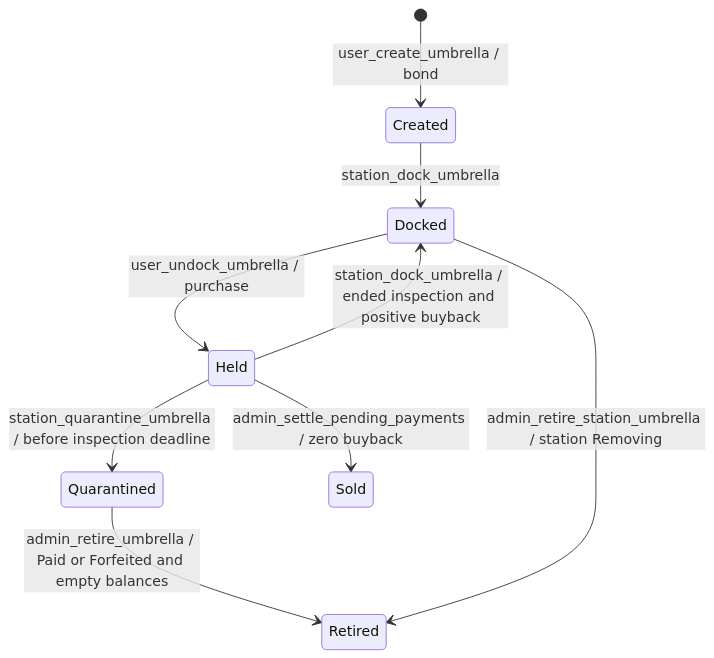
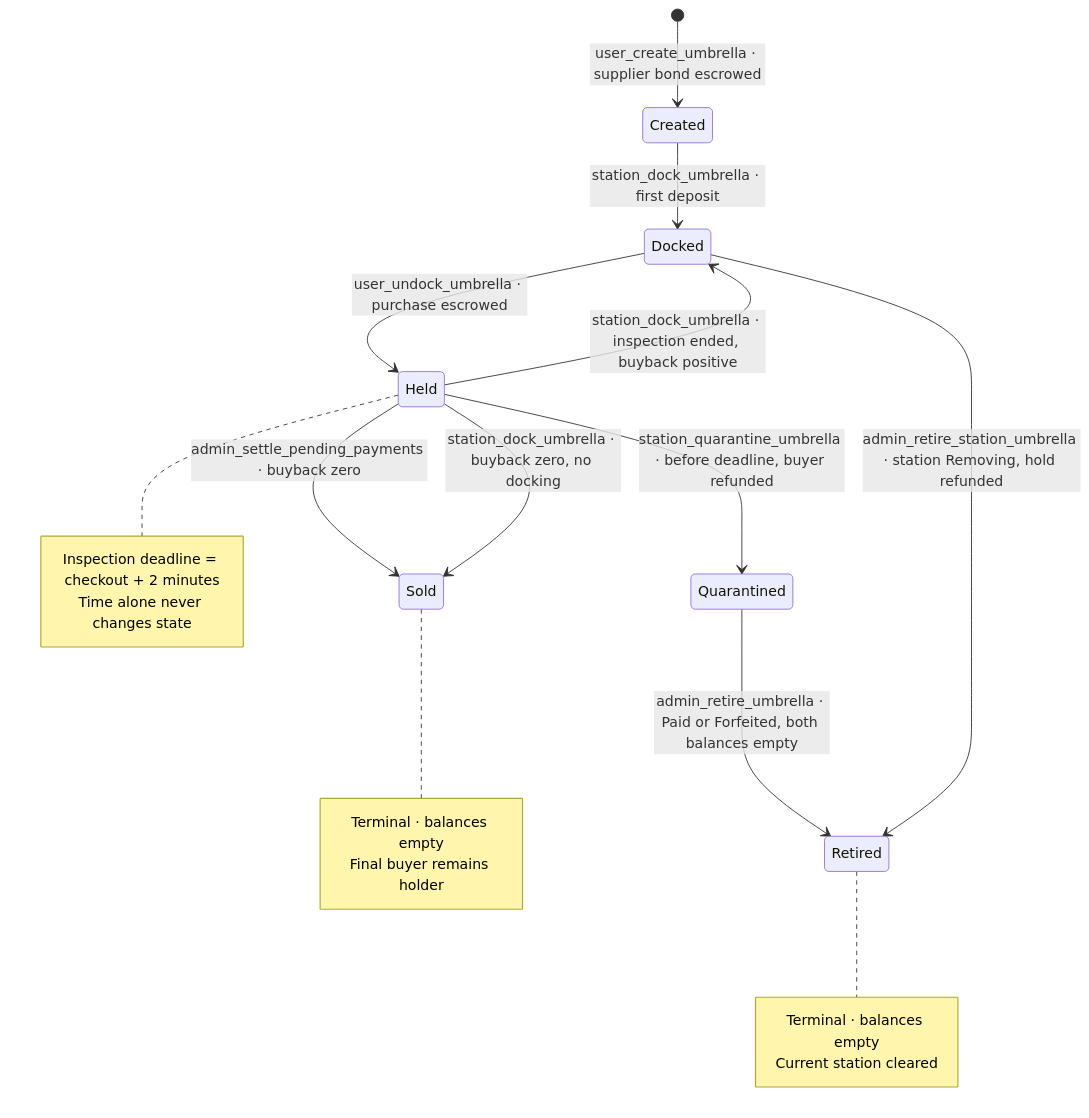
The second of 7 diagrams in docs/project-flows.md (towa-hi/sui-kirisame), drawn with Mermaid before and after one commit. The commit also changed other lines of this file, not shown here.

Commit message:
updated project-flows

````diff
--- a/docs/project-flows.md
+++ b/docs/project-flows.md
@@ -7,11 +26,25 @@
 ```mermaid
 stateDiagram-v2
-    [*] --> Created: user_create_umbrella / bond
-    Created --> Docked: station_dock_umbrella
-    Docked --> Held: user_undock_umbrella / purchase
-    Held --> Docked: station_dock_umbrella / ended inspection and positive buyback
-    Held --> Quarantined: station_quarantine_umbrella / before inspection deadline
-    Held --> Sold: admin_settle_pending_payments / zero buyback
-    Quarantined --> Retired: admin_retire_umbrella / Paid or Forfeited and empty balances
-    Docked --> Retired: admin_retire_station_umbrella / station Removing
+    [*] --> Created: user_create_umbrella · supplier bond escrowed
+    Created --> Docked: station_dock_umbrella · first deposit
+    Docked --> Held: user_undock_umbrella · purchase escrowed
+    Held --> Docked: station_dock_umbrella · inspection ended, buyback positive
+    Held --> Quarantined: station_quarantine_umbrella · before deadline, buyer refunded
+    Held --> Sold: admin_settle_pending_payments · buyback zero
+    Held --> Sold: station_dock_umbrella · buyback zero, no docking
+    Quarantined --> Retired: admin_retire_umbrella · Paid or Forfeited, both balances empty
+    Docked --> Retired: admin_retire_station_umbrella · station Removing, hold refunded
+
+    note right of Held
+        Inspection deadline = checkout + 2 minutes
+        Time alone never changes state
+    end note
+    note right of Sold
+        Terminal · balances empty
+        Final buyer remains holder
+    end note
+    note right of Retired
+        Terminal · balances empty
+        Current station cleared
+    end note
 ```
````
